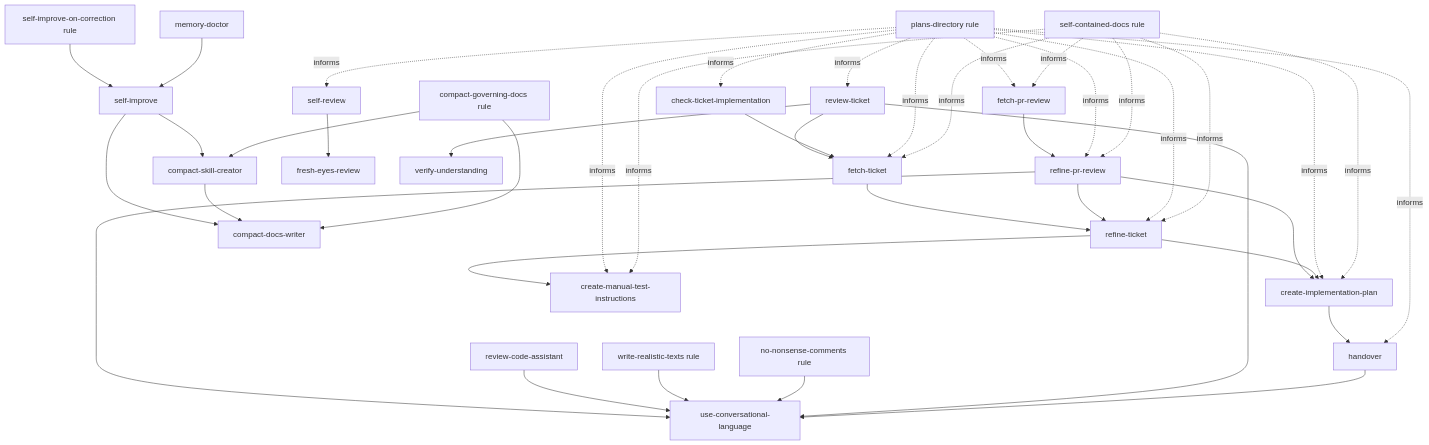
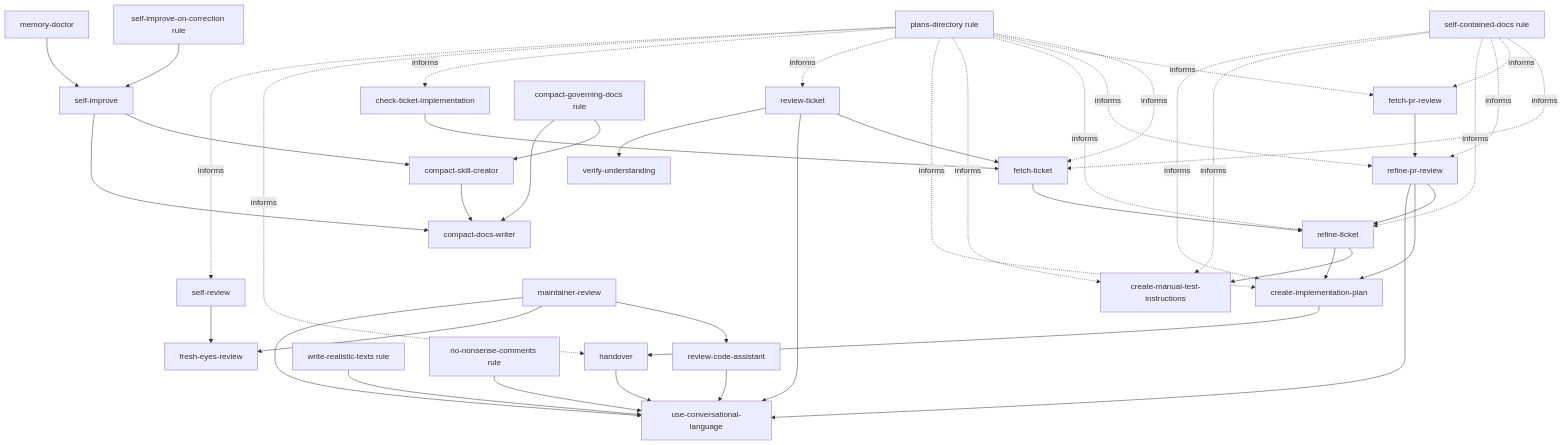
Before and after one commit to FrancescoBorzi/agent-toolkit: the diagram in README.md, drawn with Mermaid. The commit also changed other lines of this file and 3 other files, not shown here.

Commit message:
feat: maintainer-review, the maintainer's side of the merge (#26)

````diff
--- a/README.md
+++ b/README.md
@@ -169,46 +172,49 @@
 ```mermaid
 flowchart TD
   fetch_ticket["fetch-ticket"] --> refine["refine-ticket"]
   fetch_pr["fetch-pr-review"] --> refine_pr["refine-pr-review"]
   refine_pr --> refine
   refine_pr --> plan
   refine_pr --> express["use-conversational-language"]
   review_code["review-code-assistant"] --> express
   self_review["self-review"] --> fresh_eyes["fresh-eyes-review"]
+  maintainer_review["maintainer-review"] --> review_code
+  maintainer_review --> fresh_eyes
+  maintainer_review --> express
   realistic_rule["write-realistic-texts rule"] --> express
   nonsense_rule["no-nonsense-comments rule"] --> express
   review_ticket["review-ticket"] --> fetch_ticket
   review_ticket --> express
   review_ticket --> verify_understanding["verify-understanding"]
   check_impl["check-ticket-implementation"] --> fetch_ticket
   refine --> manual["create-manual-test-instructions"]
   refine --> plan["create-implementation-plan"]
   plan --> handover["handover"]
   handover --> express
 
   self_rule["self-improve-on-correction rule"] --> self["self-improve"]
   self --> compact["compact-skill-creator"]
   self --> compact_docs["compact-docs-writer"]
   compact --> compact_docs
   memory_doctor["memory-doctor"] --> self
   compact_gov["compact-governing-docs rule"] --> compact
   compact_gov --> compact_docs
 
   plans_rule["plans-directory rule"] -. informs .-> fetch_ticket
   plans_rule -. informs .-> fetch_pr
   plans_rule -. informs .-> refine_pr
   plans_rule -. informs .-> refine
   plans_rule -. informs .-> manual
   plans_rule -. informs .-> plan
   plans_rule -. informs .-> review_ticket
   plans_rule -. informs .-> check_impl
   plans_rule -. informs .-> handover
   plans_rule -. informs .-> self_review
 
   docs_rule["self-contained-docs rule"] -. informs .-> fetch_ticket
   docs_rule -. informs .-> fetch_pr
   docs_rule -. informs .-> refine_pr
   docs_rule -. informs .-> refine
   docs_rule -. informs .-> manual
   docs_rule -. informs .-> plan
 ```
````
